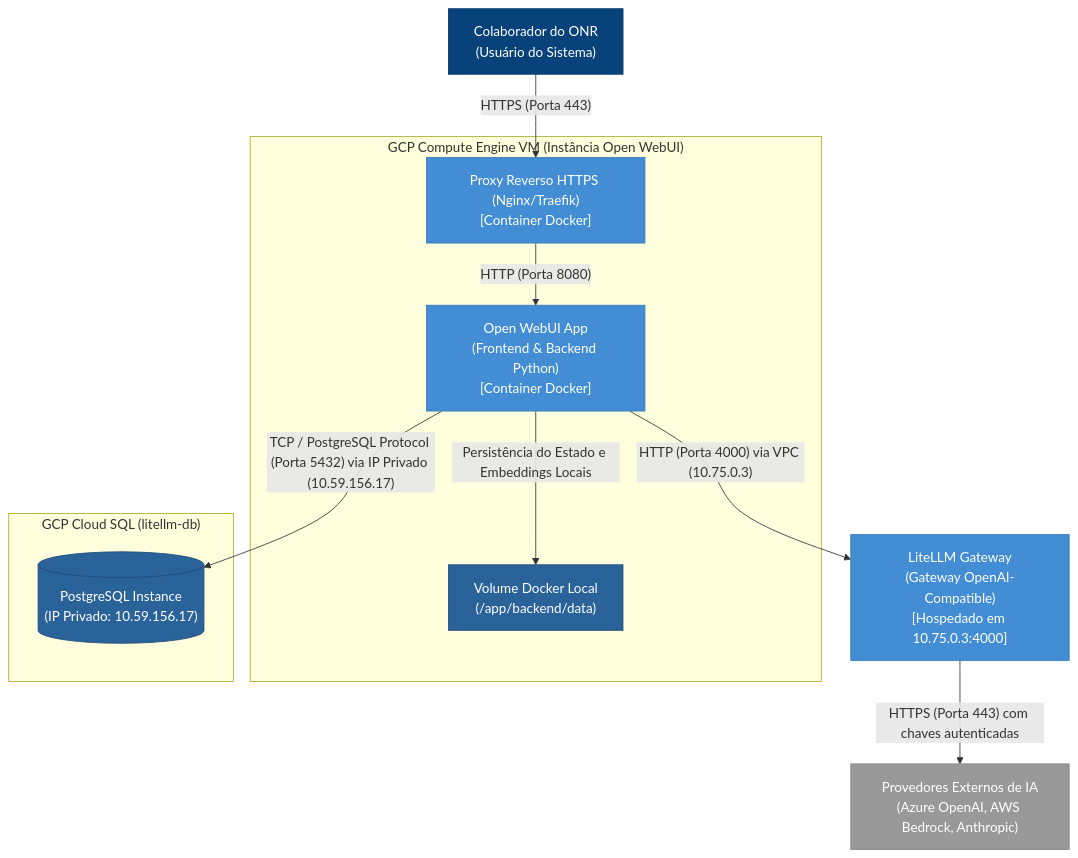
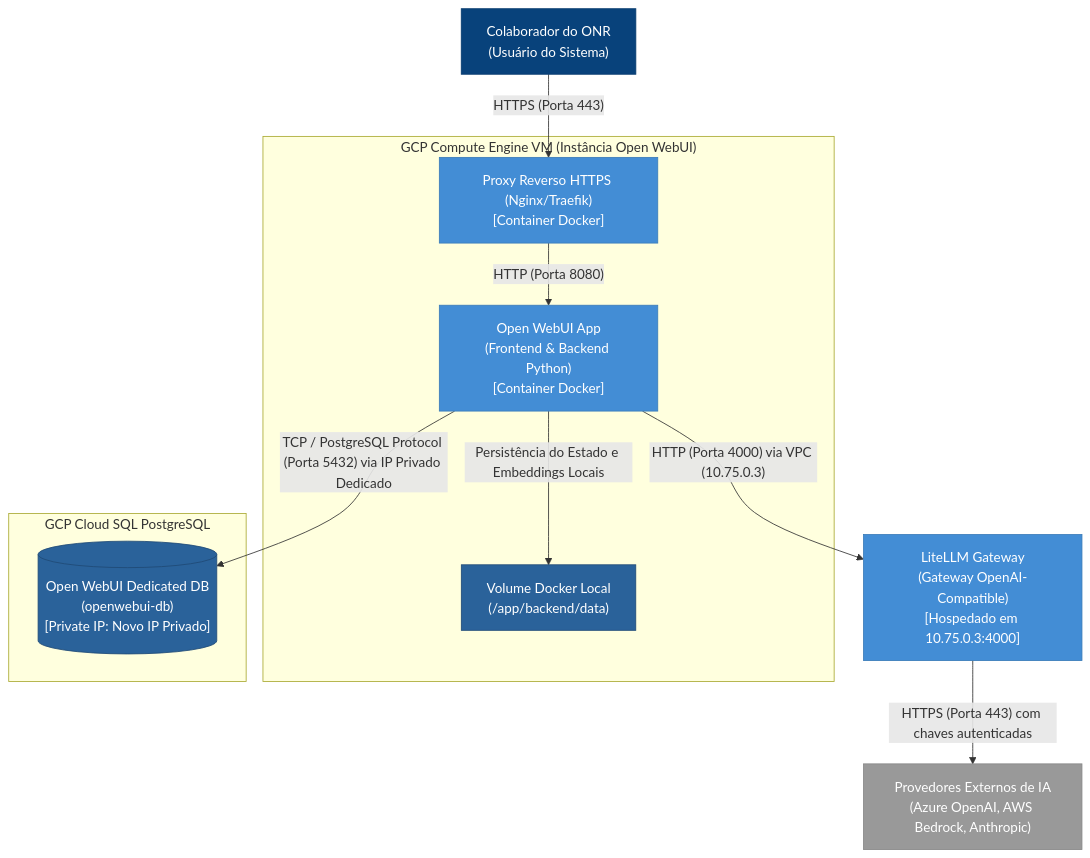
The second of 2 diagrams in docs/architecture.md (onr-dados-ia/lab-openwebui), drawn with Mermaid before and after one commit. The commit also changed other lines of this file and 1 other file, not shown here.

Commit message:
docs: atualizar arquitetura e infraestrutura para utilizar banco de dados Cloud SQL dedicado e isolado para o Open WebUI

````diff
--- a/docs/architecture.md
+++ b/docs/architecture.md
@@ -52,45 +52,45 @@
 ```mermaid
 graph TB
     %% Estilos de nós
     classDef person fill:#08427b,stroke:#073b6e,color:#fff;
     classDef container fill:#438dd5,stroke:#3b7cb9,color:#fff;
     classDef db_container fill:#2a629a,stroke:#204b77,color:#fff;
     classDef ext_system fill:#999999,stroke:#888888,color:#fff;
 
     %% Elementos Externos
     Colaborador["Colaborador do ONR<br/>(Usuário do Sistema)"]:::person
     ProvedoresIA["Provedores Externos de IA<br/>(Azure OpenAI, AWS Bedrock, Anthropic)"]:::ext_system
 
     %% Fronteira da VM GCP
     subgraph VM_GCP ["GCP Compute Engine VM (Instância Open WebUI)"]
         
         NginxProxy["Proxy Reverso HTTPS (Nginx/Traefik)<br/>[Container Docker]"]:::container
         
         OpenWebUI["Open WebUI App<br/>(Frontend & Backend Python)<br/>[Container Docker]"]:::container
         
         DockerVolume["Volume Docker Local<br/>(/app/backend/data)"]:::db_container
         
     end
 
     %% Instância Externa de Gateway de Modelos
     LiteLLM["LiteLLM Gateway<br/>(Gateway OpenAI-Compatible)<br/>[Hospedado em 10.75.0.3:4000]"]:::container
 
     %% Banco de Dados Externo à VM (Serviço Gerenciado no projeto projeto-ai-ml-develop)
-    subgraph GCP_Cloud_SQL ["GCP Cloud SQL (litellm-db)"]
-        PostgreSQL_DB[("PostgreSQL Instance<br/>(IP Privado: 10.59.156.17)")]:::db_container
+    subgraph GCP_Cloud_SQL ["GCP Cloud SQL PostgreSQL"]
+        PostgreSQL_DB[("Open WebUI Dedicated DB<br/>(openwebui-db)<br/>[Private IP: Novo IP Privado]")]:::db_container
     end
 
     %% Fluxos de Comunicação (Protocolos e Portas)
     Colaborador -- "HTTPS (Porta 443)" --> NginxProxy
     NginxProxy -- "HTTP (Porta 8080)" --> OpenWebUI
     
     %% Comunicação de Rede via VPC
     OpenWebUI -- "HTTP (Porta 4000) via VPC (10.75.0.3)" --> LiteLLM
     
     %% Persistência de Dados e RAG Local
     OpenWebUI -- "Persistência do Estado e Embeddings Locais" --> DockerVolume
-    OpenWebUI -- "TCP / PostgreSQL Protocol (Porta 5432) via IP Privado (10.59.156.17)" --> PostgreSQL_DB
+    OpenWebUI -- "TCP / PostgreSQL Protocol (Porta 5432) via IP Privado Dedicado" --> PostgreSQL_DB
     
     %% Roteamento externo de chamadas do LLM
     LiteLLM -- "HTTPS (Porta 443) com chaves autenticadas" --> ProvedoresIA
 ```
````
